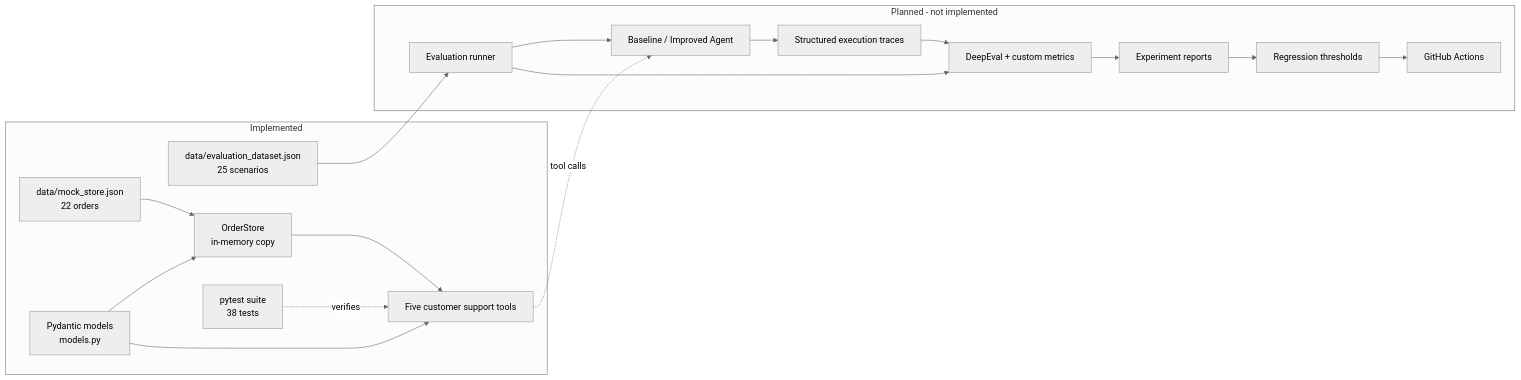
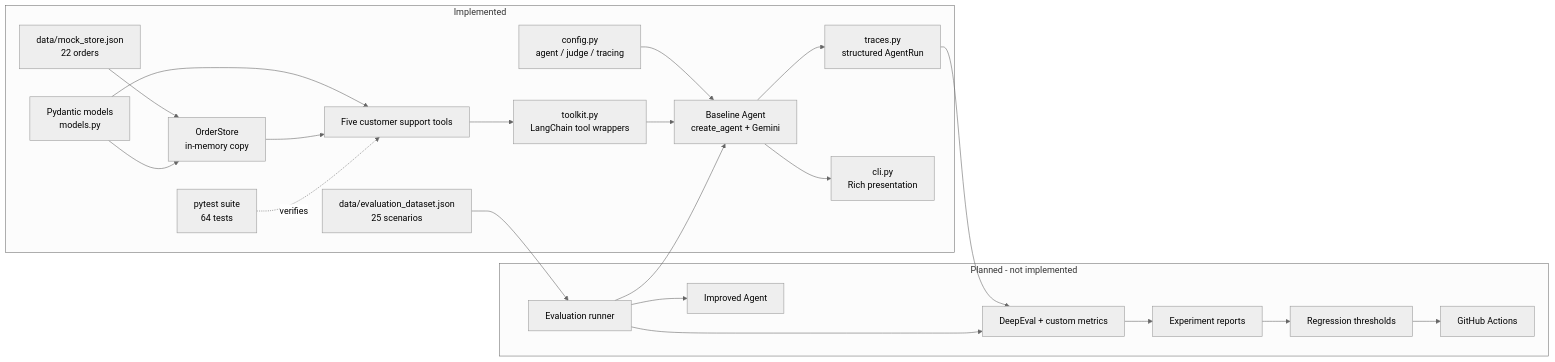
The diagram in docs/ARCHITECTURE.md (llm-systems-lab/agent-eval), drawn with Mermaid (neutral theme) before and after one commit. The commit also changed other lines of this file and 14 other files, not shown here.

First line of the commit message:
Implement LangChain baseline support agent

````diff
--- a/docs/ARCHITECTURE.md
+++ b/docs/ARCHITECTURE.md
@@ -26,38 +32,45 @@
 ```mermaid
 flowchart LR
     subgraph Implemented["Implemented"]
         MS["data/mock_store.json<br/>22 orders"]
         DS["data/evaluation_dataset.json<br/>25 scenarios"]
         MODELS["Pydantic models<br/>models.py"]
         STORE["OrderStore<br/>in-memory copy"]
         TOOLS["Five customer support tools"]
-        TESTS["pytest suite<br/>38 tests"]
+        TESTS["pytest suite<br/>64 tests"]
+        CONFIG["config.py<br/>agent / judge / tracing"]
+        TOOLKIT["toolkit.py<br/>LangChain tool wrappers"]
+        AGENT["Baseline Agent<br/>create_agent + Gemini"]
+        TRACE["traces.py<br/>structured AgentRun"]
+        CLI["cli.py<br/>Rich presentation"]
 
         MS --> STORE
         MODELS --> STORE
         MODELS --> TOOLS
         STORE --> TOOLS
         TESTS -. verifies .-> TOOLS
+        CONFIG --> AGENT
+        TOOLS --> TOOLKIT
+        TOOLKIT --> AGENT
+        AGENT --> TRACE
+        AGENT --> CLI
     end
 
     subgraph Planned["Planned - not implemented"]
-        AGENT["Baseline / Improved Agent"]
-        TRACE["Structured execution traces"]
         RUNNER["Evaluation runner"]
         METRICS["DeepEval + custom metrics"]
         REPORT["Experiment reports"]
         REG["Regression thresholds"]
         CI["GitHub Actions"]
+        IMPROVED["Improved Agent"]
 
         DS --> RUNNER
         RUNNER --> AGENT
-        AGENT --> TRACE
+        RUNNER --> IMPROVED
         TRACE --> METRICS
         RUNNER --> METRICS
         METRICS --> REPORT
         REPORT --> REG
         REG --> CI
     end
-
-    TOOLS -.->|"tool calls"| AGENT
 ```
````
